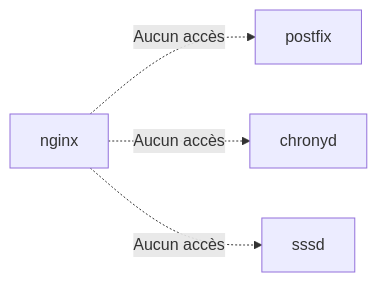
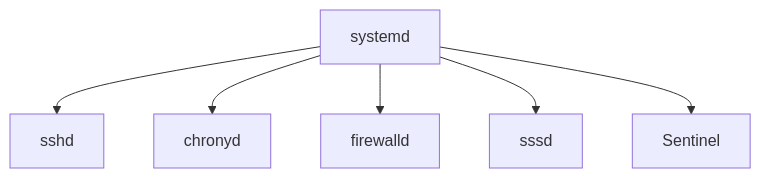
The ninth of 16 diagrams in campagne 1/1.3.md (tdelaclos/formations), drawn with Mermaid before and after one commit. The commit also changed other lines of this file, not shown here.

````diff
--- a/campagne 1/1.3.md
+++ b/campagne 1/1.3.md
@@ -541,15 +518,15 @@
 ```mermaid
-flowchart LR
+flowchart TD
 
-A["nginx"]
+A["systemd"]
 
-B["postfix"]
+A --> B["sshd"]
 
-C["chronyd"]
+A --> C["chronyd"]
 
-D["sssd"]
+A --> D["firewalld"]
 
-A -.->|"Aucun accès"| B
-A -.->|"Aucun accès"| C
-A -.->|"Aucun accès"| D
+A --> E["sssd"]
+
+A --> F["Sentinel"]
 ```
````
